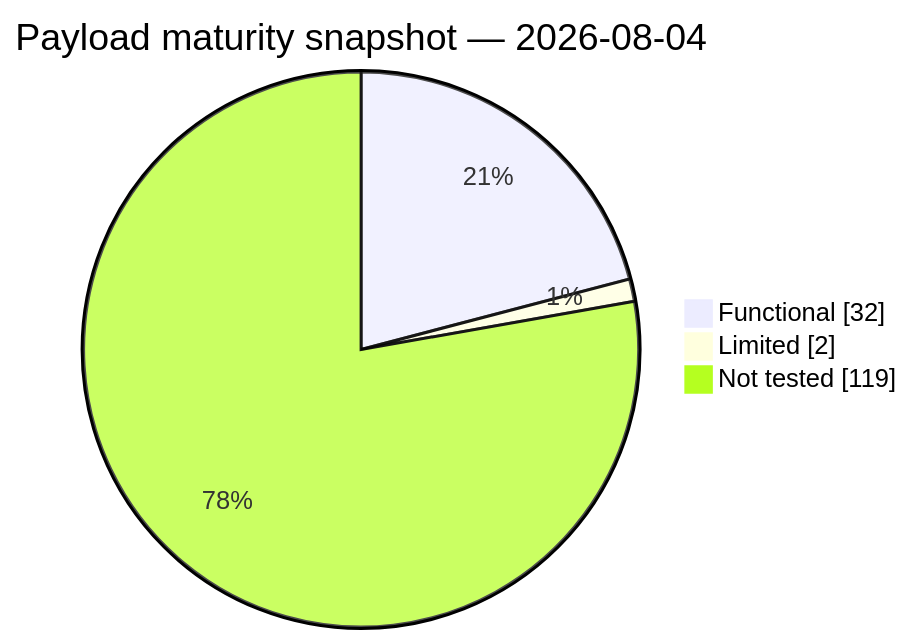
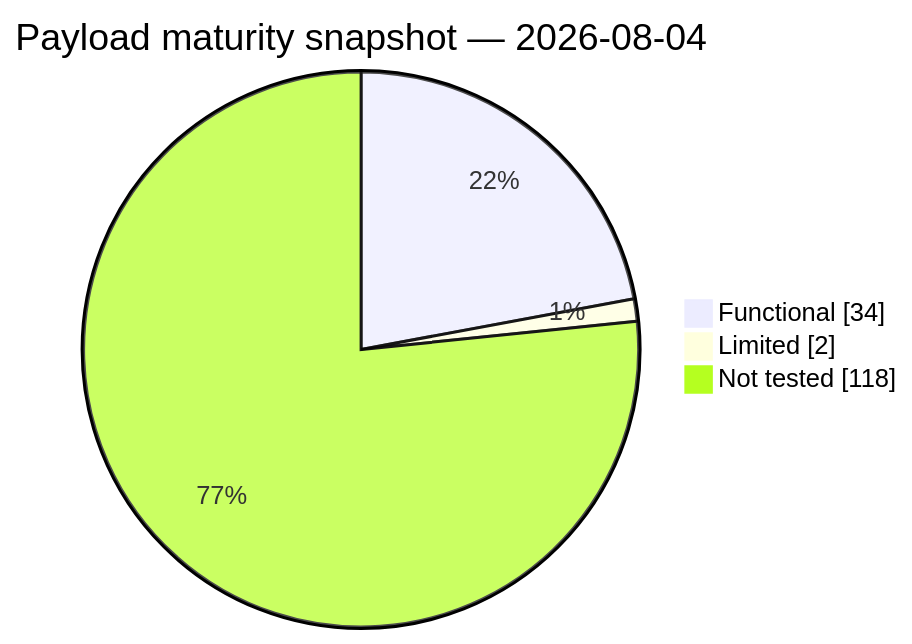
One commit to kanedasec/citypop changed the second of 2 diagrams in docs/ROADMAP.md. Above: the diagram before and after it, drawn with Mermaid. The commit also changed other lines of this file, not shown here.

Commit message:
docs: sync roadmap with current payload maturity

````diff
--- a/docs/ROADMAP.md
+++ b/docs/ROADMAP.md
@@ -81,7 +82,7 @@
 ```mermaid
 pie showData
     title Payload maturity snapshot — 2026-08-04
-    "Functional" : 32
+    "Functional" : 34
     "Limited" : 2
-    "Not tested" : 119
+    "Not tested" : 118
 ```
````
